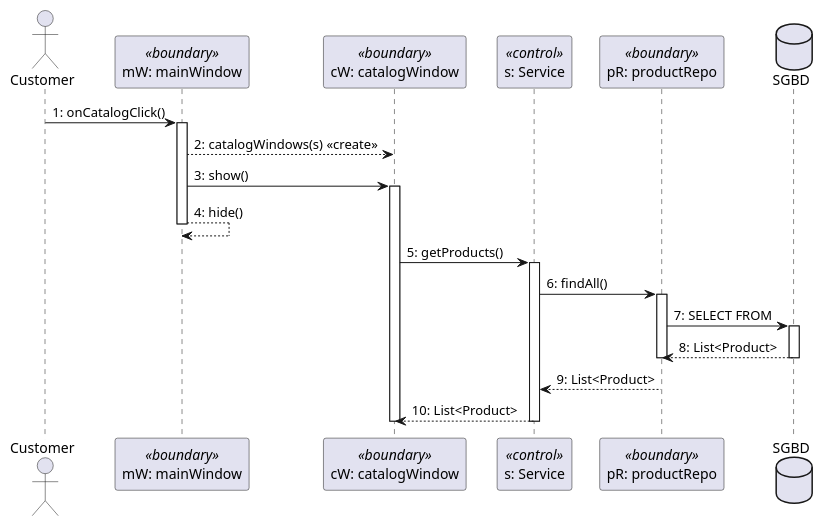
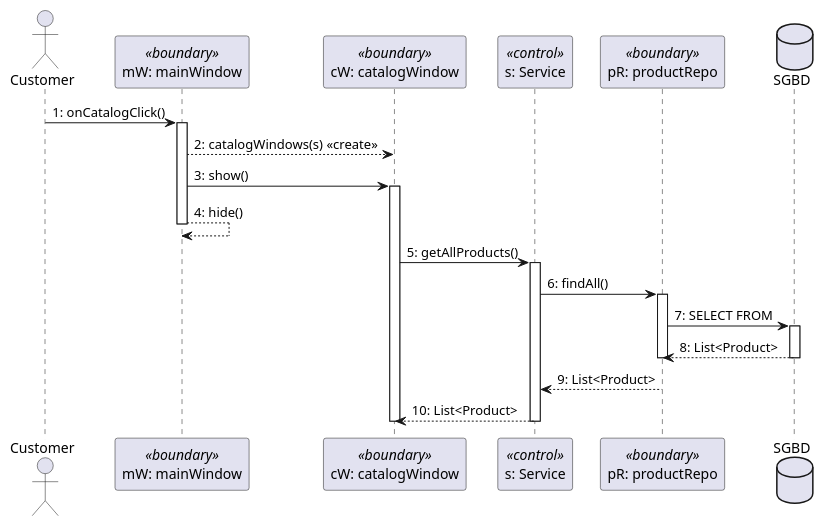
Before and after one commit to rzv1/ISS-FreshPick: the third of 10 diagrams in Faza3/SequenceDiagram.puml, drawn with PlantUML. The commit also changed 27 other files, not shown here.

```diff
--- a/Faza3/SequenceDiagram.puml
+++ b/Faza3/SequenceDiagram.puml
@@ -75,29 +75,29 @@
 @startuml VIEW_CATALOG
 actor "Customer" as C
 participant "mW: mainWindow" as M <<boundary>>
 participant "cW: catalogWindow" as CW <<boundary>>
 participant "s: Service" as S <<control>>
 participant "pR: productRepo" as R <<boundary>>
 database "SGBD" as DB
 
 C -> M : 1: onCatalogClick()
 activate M
 M --> CW : 2: catalogWindows(s) <<create>>
 M -> CW : 3: show()
 activate CW
 M --> M : 4: hide()
 deactivate M
-CW -> S : 5: getProducts()
+CW -> S : 5: getAllProducts()
 activate S
 S -> R : 6: findAll()
 activate R
 R -> DB : 7: SELECT FROM
 activate DB
 DB --> R : 8: List<Product>
 deactivate DB
 deactivate R
 R --> S : 9: List<Product>
 S --> CW : 10: List<Product>
 deactivate S
 deactivate CW
 @enduml
```
